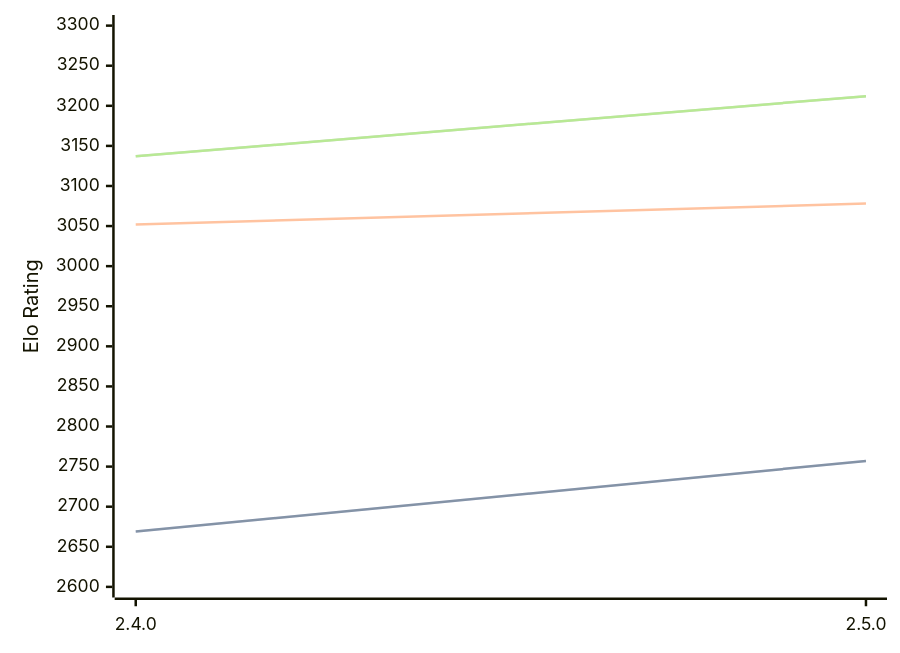
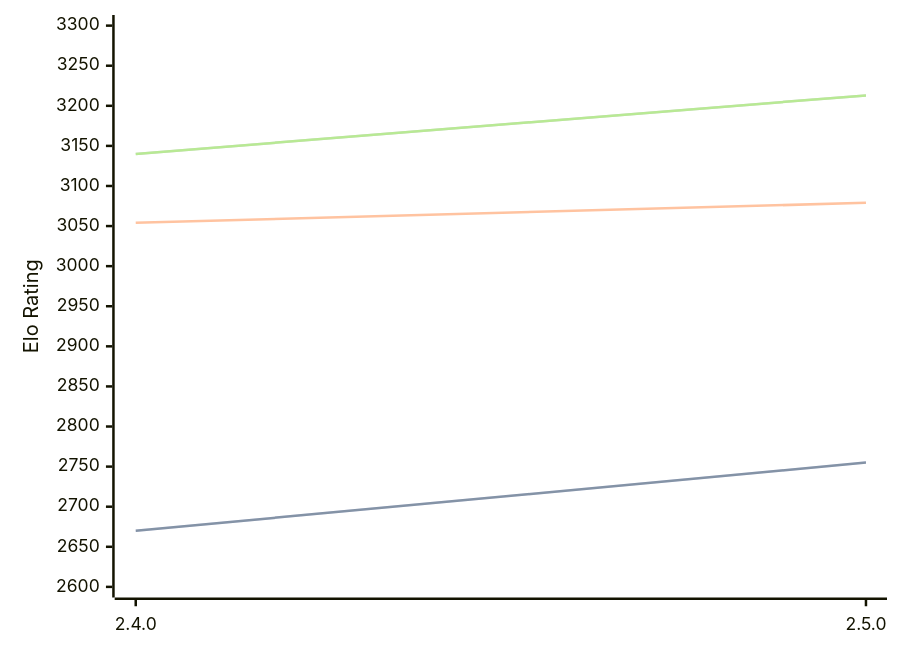
Before and after one commit to computer-chess-index/cci: the diagram in engines/Sturddle2.md, drawn with Mermaid. The commit also changed other lines of this file, not shown here.

Commit message:
Update CCI Ratings (ELO VLTC) - 2026-05-06

````diff
--- a/engines/Sturddle2.md
+++ b/engines/Sturddle2.md
@@ -37,11 +37,11 @@
 ```mermaid
 %%{init: {"theme":"base","themeVariables":{"seriesColors:['#a3a3a3','#222221','#faa371']}}}%%
 xychart-beta
   x-axis ["2.4.0", "2.5.0"]
   y-axis "Elo Rating" 2600 --> 3300
-  line "STC (8.0+0.08s)" [2669, 2757]
-  line "STC (8.0+0.08s)" [2669, 2757]
-  line "LTC (60.0+0.60s)" [3052, 3078]
-  line "VLTC (2m24s+1.12s)" [3137, 3212]
-  line "VLTC (2m24s+1.12s)" [3137, 3212]
+  line "STC (8.0+0.08s)" [2670, 2755]
+  line "STC (8.0+0.08s)" [2670, 2755]
+  line "LTC (60.0+0.60s)" [3054, 3079]
+  line "VLTC (2m24s+1.12s)" [3140, 3213]
+  line "VLTC (2m24s+1.12s)" [3140, 3213]
 ```
````
